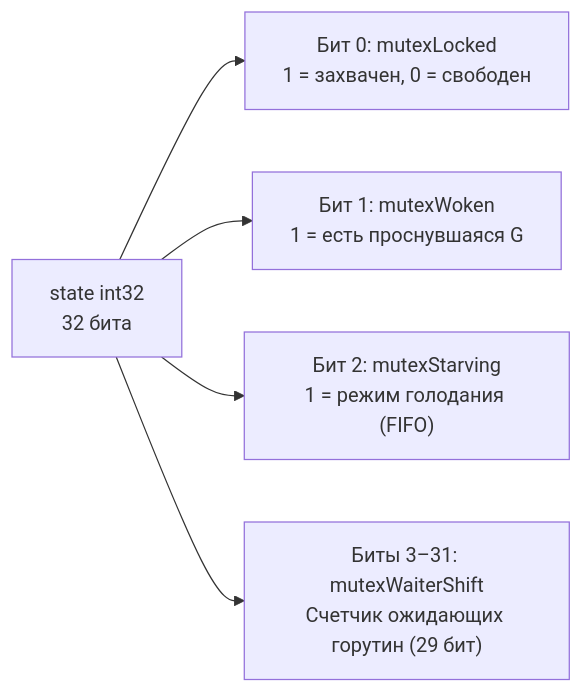
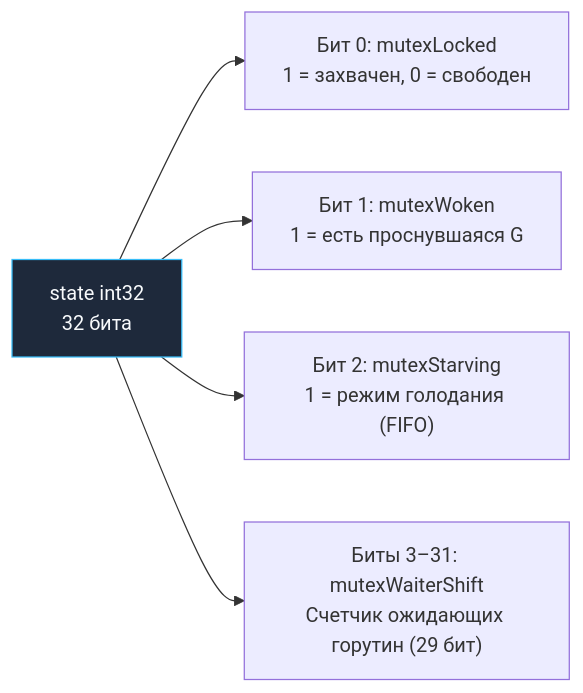
One commit to UnrealTemplier/go-textbook changed the first of 2 diagrams in sources/7. Глубокий Go (Внутреннее устройство)/15. Mutex и RWMutex под капотом.md. Above: the diagram before and after it, drawn with Mermaid. The commit also changed other lines of this file and 1666 other files, not shown here.

First line of the commit message:
feat(mermaid): add semantic color classDef to 1369 colorless flowchart/graph diagrams

````diff
--- a/sources/7. Глубокий Go (Внутреннее устройство)/15. Mutex и RWMutex под капотом.md
+++ b/sources/7. Глубокий Go (Внутреннее устройство)/15. Mutex и RWMutex под капотом.md
@@ -25,7 +25,17 @@
 ```mermaid
 flowchart LR
-    STATE["state int32<br>32 бита"] --> BIT0["Бит 0: mutexLocked<br>1 = захвачен, 0 = свободен"]
+    classDef process  fill:#1e293b,stroke:#38bdf8,stroke-width:1px,color:#f8fafc
+    classDef success  fill:#064e3b,stroke:#34d399,stroke-width:1px,color:#f8fafc
+    classDef error    fill:#7f1d1d,stroke:#f87171,stroke-width:1px,color:#f8fafc
+    classDef warning  fill:#78350f,stroke:#fbbf24,stroke-width:1px,color:#f8fafc
+    classDef entry    fill:#1e3a5f,stroke:#38bdf8,stroke-width:2px,color:#f8fafc
+    classDef aux      fill:#334155,stroke:#64748b,stroke-width:1px,color:#f8fafc
+    classDef system   fill:#312e81,stroke:#a78bfa,stroke-width:1px,color:#f8fafc
+    classDef data     fill:#132d29,stroke:#2dd4bf,stroke-width:1px,color:#f8fafc
+    classDef network  fill:#881337,stroke:#fb7185,stroke-width:1px,color:#f8fafc
+    classDef accent   fill:#1e1b4b,stroke:#818cf8,stroke-width:1px,color:#f8fafc
+    STATE["state int32<br>32 бита"]:::process --> BIT0["Бит 0: mutexLocked<br>1 = захвачен, 0 = свободен"]
     STATE --> BIT1["Бит 1: mutexWoken<br>1 = есть проснувшаяся G"]
     STATE --> BIT2["Бит 2: mutexStarving<br>1 = режим голодания (FIFO)"]
     STATE --> BIT3["Биты 3–31: mutexWaiterShift<br>Счетчик ожидающих горутин (29 бит)"]
 ```
````
